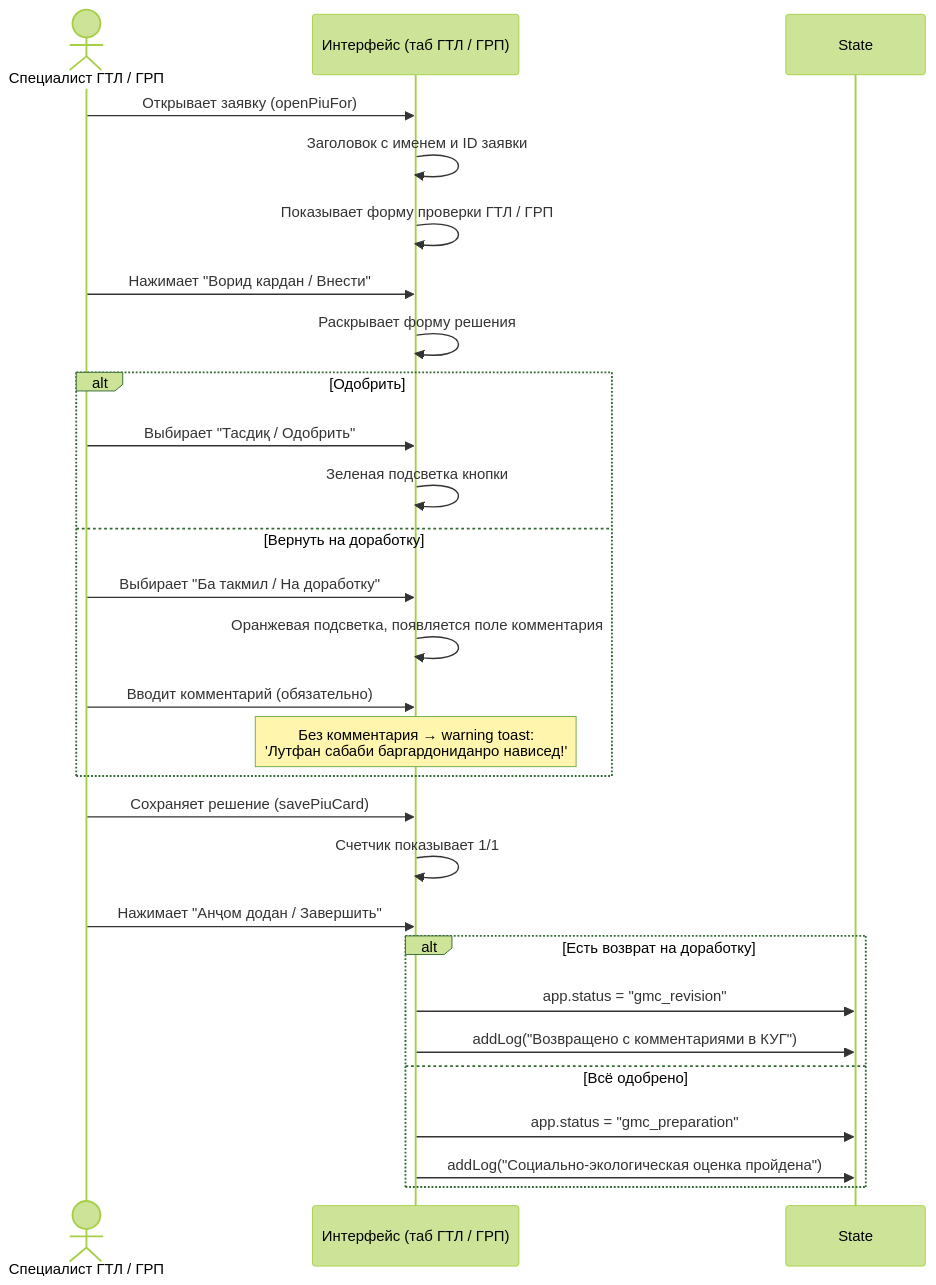
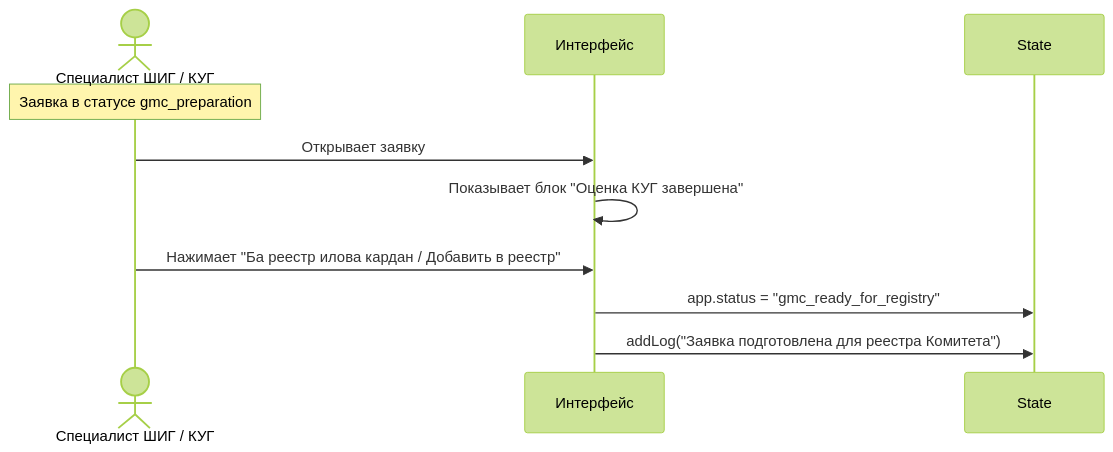
One commit to firka-kh/eip-test changed the fourth of 15 diagrams in docs/BUSINESS-PROCESSES.md. Above: the diagram before and after it, drawn with Mermaid (forest theme). The commit also changed other lines of this file and 51 other files, not shown here.

````diff
--- a/docs/BUSINESS-PROCESSES.md
+++ b/docs/BUSINESS-PROCESSES.md
@@ -213,36 +210,13 @@
 ```mermaid
 sequenceDiagram
-    actor П as Специалист ГТЛ / ГРП
-    participant UI as Интерфейс (таб ГТЛ / ГРП)
+    actor Г as Специалист ШИГ / КУГ
+    participant UI as Интерфейс
     participant ST as State
 
-    П->>UI: Открывает заявку (openPiuFor)
-    UI->>UI: Заголовок с именем и ID заявки
-    UI->>UI: Показывает форму проверки ГТЛ / ГРП
-
-    П->>UI: Нажимает "Ворид кардан / Внести"
-    UI->>UI: Раскрывает форму решения
-
-    alt Одобрить
-        П->>UI: Выбирает "Тасдиқ / Одобрить"
-        UI->>UI: Зеленая подсветка кнопки
-    else Вернуть на доработку
-        П->>UI: Выбирает "Ба такмил / На доработку"
-        UI->>UI: Оранжевая подсветка, появляется поле комментария
-        П->>UI: Вводит комментарий (обязательно)
-        Note over UI: Без комментария → warning toast:<br/>'Лутфан сабаби баргардониданро нависед!'
-    end
-
-    П->>UI: Сохраняет решение (savePiuCard)
-    UI->>UI: Счетчик показывает 1/1
-
-    П->>UI: Нажимает "Анҷом додан / Завершить"
-    
-    alt Есть возврат на доработку
-        UI->>ST: app.status = "gmc_revision"
-        UI->>ST: addLog("Возвращено с комментариями в КУГ")
-    else Всё одобрено
-        UI->>ST: app.status = "gmc_preparation"
-        UI->>ST: addLog("Социально-экологическая оценка пройдена")
-    end
+    Note over Г: Заявка в статусе gmc_preparation
+    Г->>UI: Открывает заявку
+    UI->>UI: Показывает блок "Оценка КУГ завершена"
+    Г->>UI: Нажимает "Ба реестр илова кардан / Добавить в реестр"
+    UI->>ST: app.status = "gmc_ready_for_registry"
+    UI->>ST: addLog("Заявка подготовлена для реестра Комитета")
 ```
````
